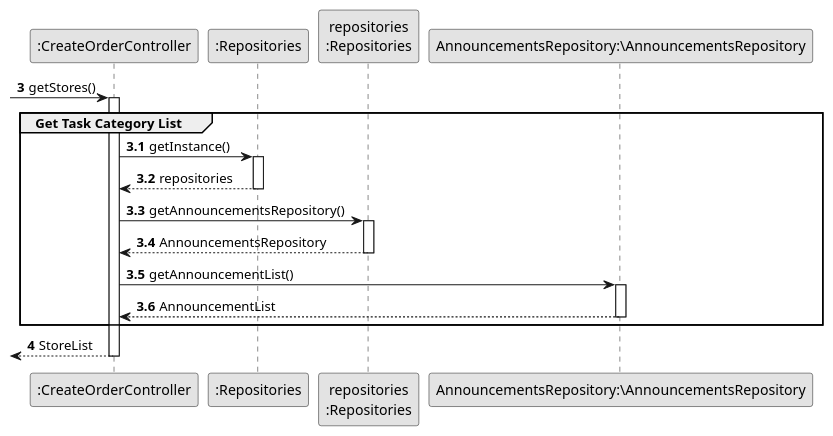
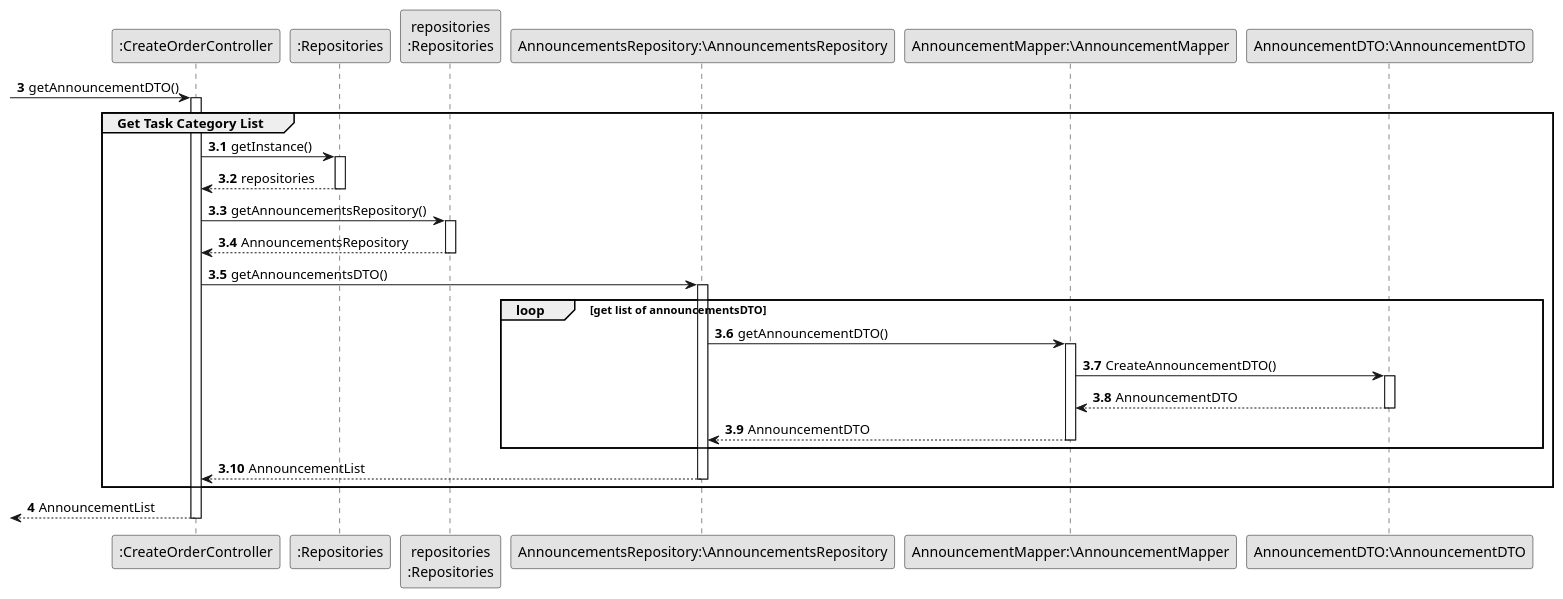
One commit to hugosilva2901/lei-22-s2-1DO-g68 changed the diagram in lei-22-s2-1do-g68/docs/SprintC/us008/03.design/puml/us008-sequence-diagram-partial-get-Annoucements-list.puml. Above: the diagram before and after it, drawn with PlantUML. The commit also changed 2 other files, not shown here.

```diff
--- a/lei-22-s2-1do-g68/docs/SprintC/us008/03.design/puml/us008-sequence-diagram-partial-get-Annoucements-list.puml
+++ b/lei-22-s2-1do-g68/docs/SprintC/us008/03.design/puml/us008-sequence-diagram-partial-get-Annoucements-list.puml
@@ -1,48 +1,63 @@
 @startuml
 skinparam monochrome true
 skinparam packageStyle rectangle
 skinparam shadowing false
 
 autonumber
 
 'hide footbox
 
 participant ":CreateOrderController" as CTRL
 participant ":Repositories" as RepositorySingleton
 participant "repositories\n:Repositories" as PLAT
 participant "AnnouncementsRepository:\AnnouncementsRepository" as AnnouncementsRepository
+participant "AnnouncementMapper:\AnnouncementMapper" as Mapper
+participant "AnnouncementDTO:\AnnouncementDTO" as DTO
 
 autonumber 3
 
- -> CTRL : getStores()
+ -> CTRL : getAnnouncementDTO()
 autonumber 3.1
 activate CTRL
     group Get Task Category List
 
 
             CTRL -> RepositorySingleton : getInstance()
             activate RepositorySingleton
 
                 RepositorySingleton --> CTRL: repositories
             deactivate RepositorySingleton
 
             CTRL -> PLAT : getAnnouncementsRepository()
             activate PLAT
 
+
+
                 PLAT --> CTRL: AnnouncementsRepository
             deactivate PLAT
 
-            CTRL -> AnnouncementsRepository : getAnnouncementList()
+            CTRL -> AnnouncementsRepository : getAnnouncementsDTO()
+            loop get list of announcementsDTO
             activate AnnouncementsRepository
+              AnnouncementsRepository->Mapper:getAnnouncementDTO()
+            activate Mapper
 
+            Mapper->DTO:CreateAnnouncementDTO()
+
+            activate DTO
+            DTO-->Mapper:AnnouncementDTO
+            deactivate DTO
+            Mapper-->AnnouncementsRepository:AnnouncementDTO
+            deactivate Mapper
+            end
                 AnnouncementsRepository --> CTRL : AnnouncementList
             deactivate AnnouncementsRepository
 
 
     end
     autonumber 4
-    <-- CTRL  : StoreList
+    <-- CTRL  : AnnouncementList
 deactivate CTRL
 
 
 @enduml
```
